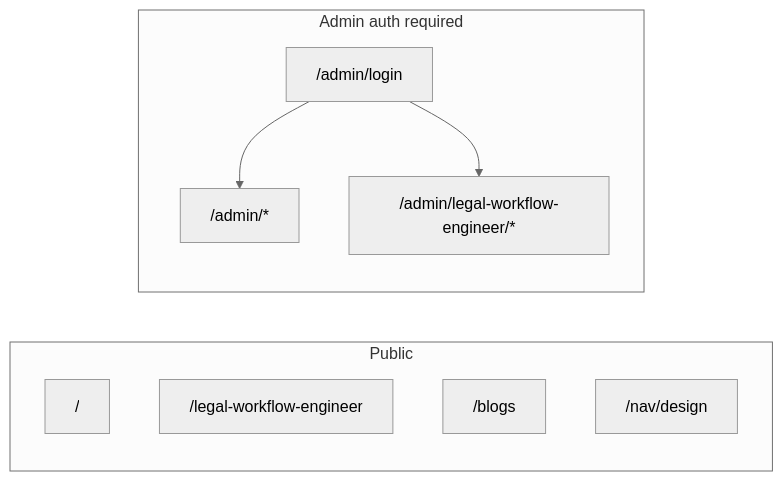
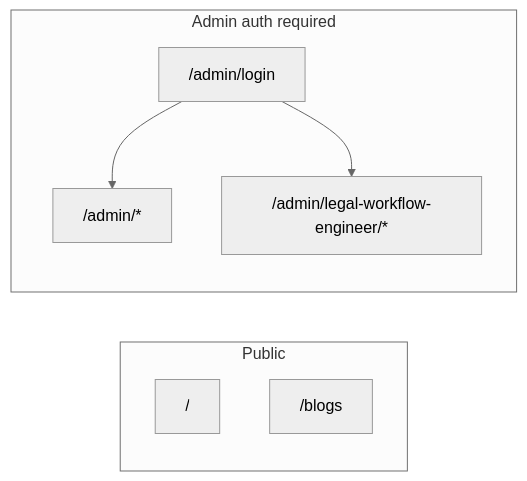
Before and after one commit to Pukujan/design-bakery: the diagram in doc/routes.md, drawn with Mermaid (neutral theme). The commit also changed other lines of this file and 14 other files, not shown here.

````diff
--- a/doc/routes.md
+++ b/doc/routes.md
@@ -11,16 +11,14 @@
 ```mermaid
 flowchart LR
   subgraph public [Public]
     root["/"]
-    lwe["/legal-workflow-engineer"]
     blogs["/blogs"]
-    designNav["/nav/design"]
   end
   subgraph admin [Admin auth required]
     login["/admin/login"]
     adminDef["/admin/*"]
     adminLwe["/admin/legal-workflow-engineer/*"]
   end
   login --> adminDef
   login --> adminLwe
 ```
````
